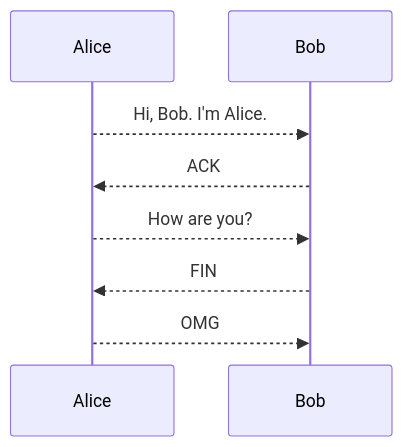
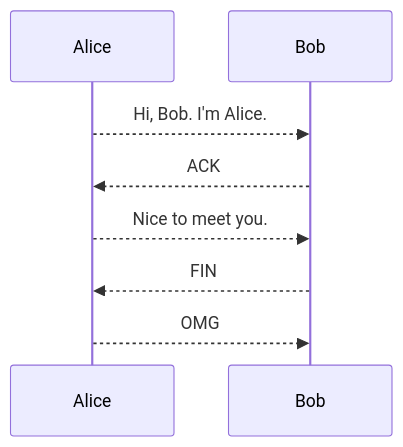
One commit to NabeTaka0403/mermaid_practice changed the diagram in sequence_diagram.md. Above: the diagram before and after it, drawn with Mermaid.

Commit message:
change message from Alice in flowchart.md

````diff
--- a/sequence_diagram.md
+++ b/sequence_diagram.md
@@ -3,8 +3,8 @@
 ```mermaid
 sequenceDiagram
 Alice-->>Bob: Hi, Bob. I'm Alice. 
 Bob-->>Alice: ACK
-Alice-->>Bob: How are you?
+Alice-->>Bob: Nice to meet you. 
 Bob-->>Alice: FIN
 Alice-->>Bob: OMG
 ```
````
